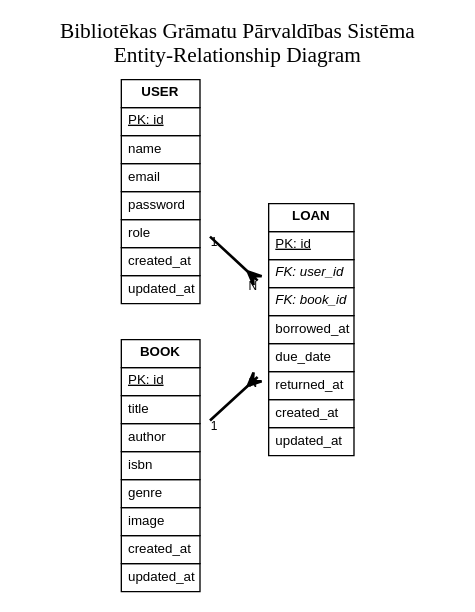
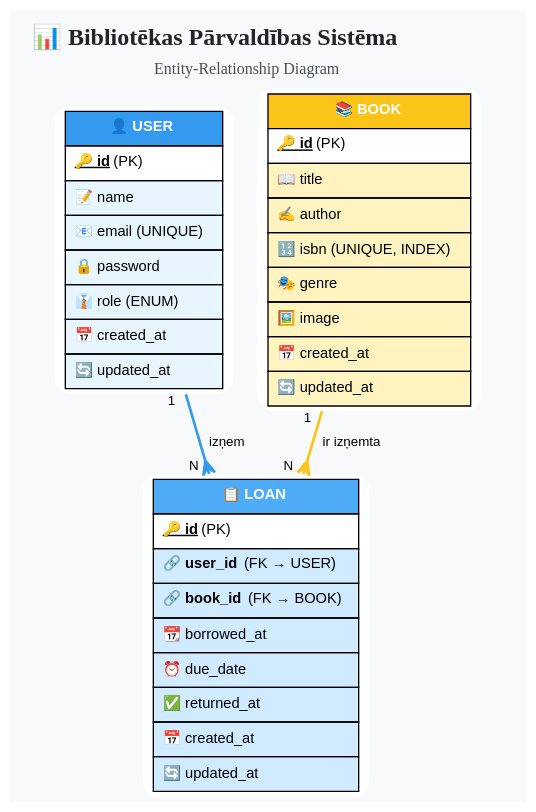
Before and after one commit to Peteris23/bibliot-eka: the diagram in er_diagram.dot, drawn with Graphviz. The commit also changed 3 other files, not shown here.

Commit message:
Uzlabota ER diagramma ar krāsām un emoji, pievienota README

```diff
--- a/er_diagram.dot
+++ b/er_diagram.dot
@@ -1,59 +1,63 @@
 digraph ER {
-    rankdir=LR;
-    node [shape=box, fontname="Arial", fontsize=10];
-    edge [fontname="Arial", fontsize=9];
+    rankdir=TB;
+    bgcolor="#f8f9fa";
+    node [shape=box, fontname="Helvetica", fontsize=11, style="rounded,filled", fillcolor="#ffffff"];
+    edge [fontname="Helvetica", fontsize=10, color="#495057", penwidth=1.5];
     
     // Entity: USER
     USER [label=<
-        <TABLE BORDER="0" CELLBORDER="1" CELLSPACING="0" CELLPADDING="4">
-            <TR><TD><B>USER</B></TD></TR>
-            <TR><TD ALIGN="LEFT"><U>PK: id</U></TD></TR>
-            <TR><TD ALIGN="LEFT">name</TD></TR>
-            <TR><TD ALIGN="LEFT">email</TD></TR>
-            <TR><TD ALIGN="LEFT">password</TD></TR>
-            <TR><TD ALIGN="LEFT">role</TD></TR>
-            <TR><TD ALIGN="LEFT">created_at</TD></TR>
-            <TR><TD ALIGN="LEFT">updated_at</TD></TR>
+        <TABLE BORDER="0" CELLBORDER="1" CELLSPACING="0" CELLPADDING="6" BGCOLOR="#e7f5ff">
+            <TR><TD BGCOLOR="#339af0" COLSPAN="1"><FONT COLOR="white"><B>👤 USER</B></FONT></TD></TR>
+            <TR><TD ALIGN="LEFT" BGCOLOR="#ffffff"><B><U>🔑 id</U></B> (PK)</TD></TR>
+            <TR><TD ALIGN="LEFT">📝 name</TD></TR>
+            <TR><TD ALIGN="LEFT">📧 email (UNIQUE)</TD></TR>
+            <TR><TD ALIGN="LEFT">🔒 password</TD></TR>
+            <TR><TD ALIGN="LEFT">👔 role (ENUM)</TD></TR>
+            <TR><TD ALIGN="LEFT">📅 created_at</TD></TR>
+            <TR><TD ALIGN="LEFT">🔄 updated_at</TD></TR>
         </TABLE>
     >, shape=plaintext];
     
     // Entity: BOOK
     BOOK [label=<
-        <TABLE BORDER="0" CELLBORDER="1" CELLSPACING="0" CELLPADDING="4">
-            <TR><TD><B>BOOK</B></TD></TR>
-            <TR><TD ALIGN="LEFT"><U>PK: id</U></TD></TR>
-            <TR><TD ALIGN="LEFT">title</TD></TR>
-            <TR><TD ALIGN="LEFT">author</TD></TR>
-            <TR><TD ALIGN="LEFT">isbn</TD></TR>
-            <TR><TD ALIGN="LEFT">genre</TD></TR>
-            <TR><TD ALIGN="LEFT">image</TD></TR>
-            <TR><TD ALIGN="LEFT">created_at</TD></TR>
-            <TR><TD ALIGN="LEFT">updated_at</TD></TR>
+        <TABLE BORDER="0" CELLBORDER="1" CELLSPACING="0" CELLPADDING="6" BGCOLOR="#fff3bf">
+            <TR><TD BGCOLOR="#fcc419" COLSPAN="1"><FONT COLOR="white"><B>📚 BOOK</B></FONT></TD></TR>
+            <TR><TD ALIGN="LEFT" BGCOLOR="#ffffff"><B><U>🔑 id</U></B> (PK)</TD></TR>
+            <TR><TD ALIGN="LEFT">📖 title</TD></TR>
+            <TR><TD ALIGN="LEFT">✍️ author</TD></TR>
+            <TR><TD ALIGN="LEFT">🔢 isbn (UNIQUE, INDEX)</TD></TR>
+            <TR><TD ALIGN="LEFT">🎭 genre</TD></TR>
+            <TR><TD ALIGN="LEFT">🖼️ image</TD></TR>
+            <TR><TD ALIGN="LEFT">📅 created_at</TD></TR>
+            <TR><TD ALIGN="LEFT">🔄 updated_at</TD></TR>
         </TABLE>
     >, shape=plaintext];
     
     // Entity: LOAN
     LOAN [label=<
-        <TABLE BORDER="0" CELLBORDER="1" CELLSPACING="0" CELLPADDING="4">
-            <TR><TD><B>LOAN</B></TD></TR>
-            <TR><TD ALIGN="LEFT"><U>PK: id</U></TD></TR>
-            <TR><TD ALIGN="LEFT"><I>FK: user_id</I></TD></TR>
-            <TR><TD ALIGN="LEFT"><I>FK: book_id</I></TD></TR>
-            <TR><TD ALIGN="LEFT">borrowed_at</TD></TR>
-            <TR><TD ALIGN="LEFT">due_date</TD></TR>
-            <TR><TD ALIGN="LEFT">returned_at</TD></TR>
-            <TR><TD ALIGN="LEFT">created_at</TD></TR>
-            <TR><TD ALIGN="LEFT">updated_at</TD></TR>
+        <TABLE BORDER="0" CELLBORDER="1" CELLSPACING="0" CELLPADDING="6" BGCOLOR="#d0ebff">
+            <TR><TD BGCOLOR="#4dabf7" COLSPAN="1"><FONT COLOR="white"><B>📋 LOAN</B></FONT></TD></TR>
+            <TR><TD ALIGN="LEFT" BGCOLOR="#ffffff"><B><U>🔑 id</U></B> (PK)</TD></TR>
+            <TR><TD ALIGN="LEFT"><B>🔗 user_id</B> (FK → USER)</TD></TR>
+            <TR><TD ALIGN="LEFT"><B>🔗 book_id</B> (FK → BOOK)</TD></TR>
+            <TR><TD ALIGN="LEFT">📆 borrowed_at</TD></TR>
+            <TR><TD ALIGN="LEFT">⏰ due_date</TD></TR>
+            <TR><TD ALIGN="LEFT">✅ returned_at</TD></TR>
+            <TR><TD ALIGN="LEFT">📅 created_at</TD></TR>
+            <TR><TD ALIGN="LEFT">🔄 updated_at</TD></TR>
         </TABLE>
     >, shape=plaintext];
     
-    // Relationships
-    USER -> LOAN [headlabel="N", taillabel="1", arrowhead=crow, penwidth=2];
-    BOOK -> LOAN [headlabel="N", taillabel="1", arrowhead=crow, penwidth=2];
+    // Relationships with labels
+    USER -> LOAN [label="  izņem  ", headlabel="  N  ", taillabel="  1  ", arrowhead=crow, color="#339af0", penwidth=2];
+    BOOK -> LOAN [label="  ir izņemta  ", headlabel="  N  ", taillabel="  1  ", arrowhead=crow, color="#fcc419", penwidth=2];
     
-    // Add title
+    // Title with better formatting
     labelloc="t";
-    label="Bibliotēkas Grāmatu Pārvaldības Sistēma\nEntity-Relationship Diagram";
-    fontsize=16;
-    fontname="Arial Bold";
+    label=<
+        <TABLE BORDER="0">
+            <TR><TD><FONT POINT-SIZE="18" COLOR="#212529"><B>📊 Bibliotēkas Pārvaldības Sistēma</B></FONT></TD></TR>
+            <TR><TD><FONT POINT-SIZE="12" COLOR="#495057">Entity-Relationship Diagram</FONT></TD></TR>
+        </TABLE>
+    >;
 }
```
